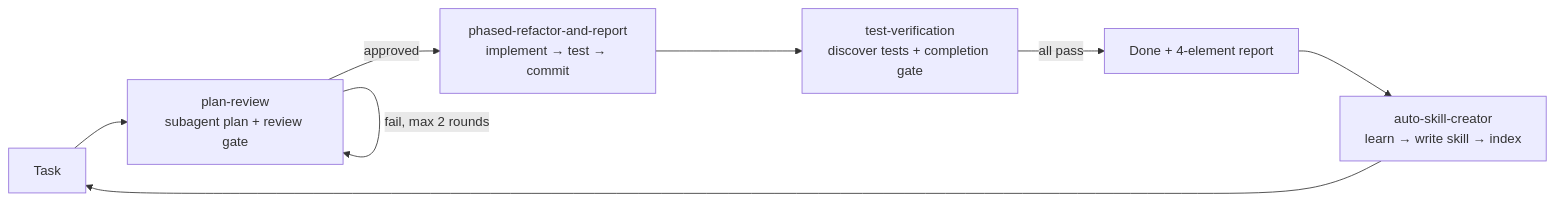
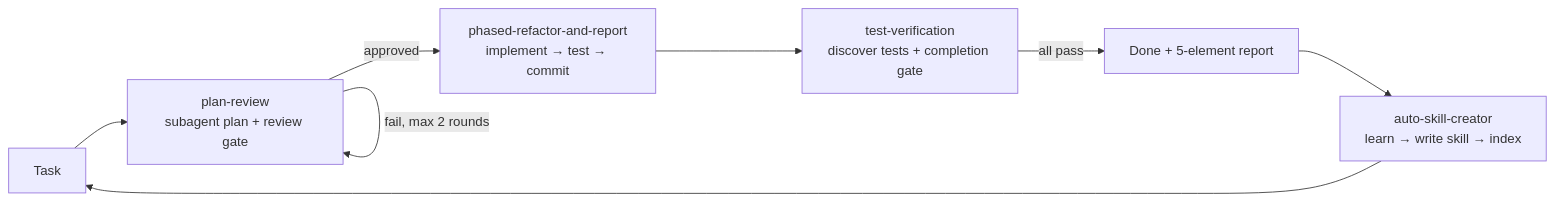
Before and after one commit to yubuhui/opencode-self-evolving: the diagram in README.md, drawn with Mermaid. The commit also changed other lines of this file and 3 other files, not shown here.

````diff
--- a/README.md
+++ b/README.md
@@ -20,10 +20,10 @@
 ```mermaid
 flowchart LR
   T[Task] --> P[plan-review<br/>subagent plan + review gate]
   P -->|fail, max 2 rounds| P
   P -->|approved| E[phased-refactor-and-report<br/>implement → test → commit]
   E --> V[test-verification<br/>discover tests + completion gate]
-  V -->|all pass| D[Done + 4-element report]
+  V -->|all pass| D[Done + 5-element report]
   D --> L[auto-skill-creator<br/>learn → write skill → index]
   L --> T
 ```
````
